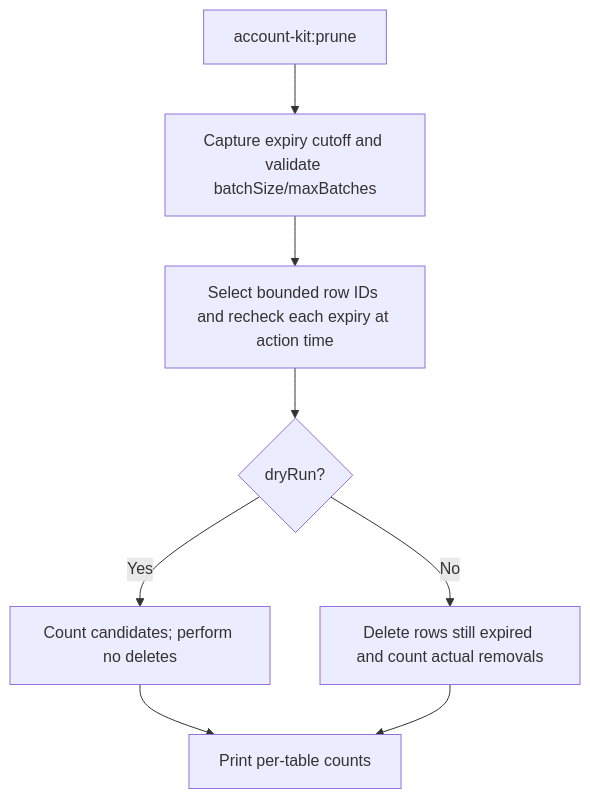
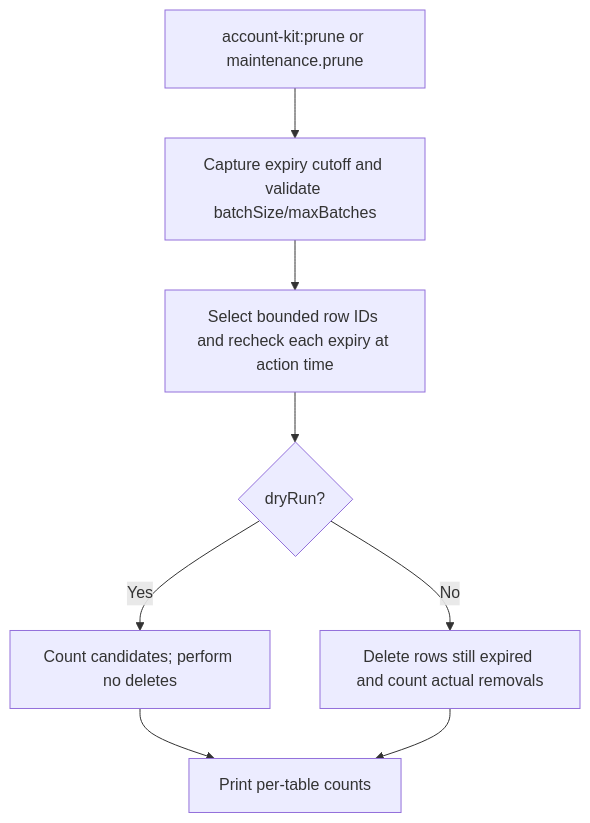
Before and after one commit to Kevinjohn/oss-adonisjs-account-kit: the second of 2 diagrams in user-stories/US-ACCOUNT-33-prune-expired-records.md, drawn with Mermaid. The commit also changed other lines of this file and 22 other files, not shown here.

````diff
--- a/user-stories/US-ACCOUNT-33-prune-expired-records.md
+++ b/user-stories/US-ACCOUNT-33-prune-expired-records.md
@@ -34,10 +34,10 @@
 ```mermaid
 flowchart TD
- A["account-kit:prune"] --> B["Capture expiry cutoff and validate batchSize/maxBatches"]
+ A["account-kit:prune or maintenance.prune"] --> B["Capture expiry cutoff and validate batchSize/maxBatches"]
  B --> C["Select bounded row IDs and recheck each expiry at action time"]
  C --> D{"dryRun?"}
  D -->|Yes| E["Count candidates; perform no deletes"]
  D -->|No| F["Delete rows still expired and count actual removals"]
  E --> G["Print per-table counts"]
  F --> G
 ```
````
